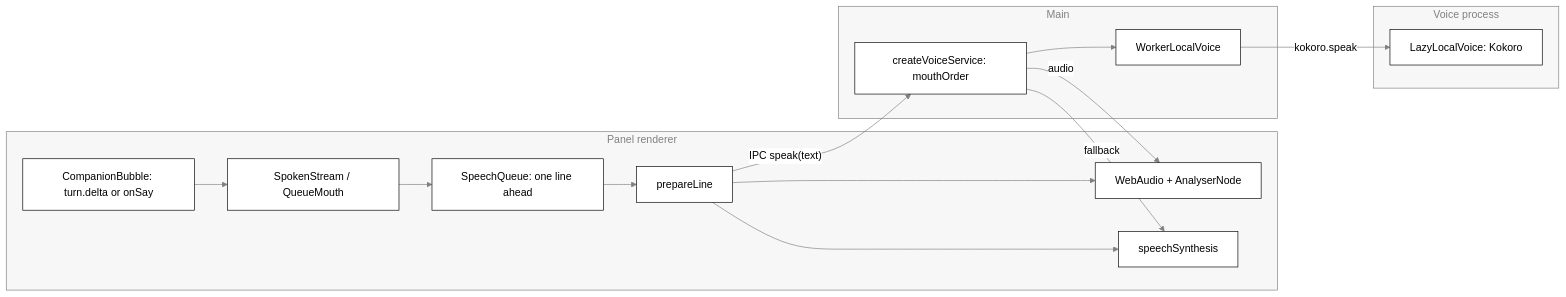
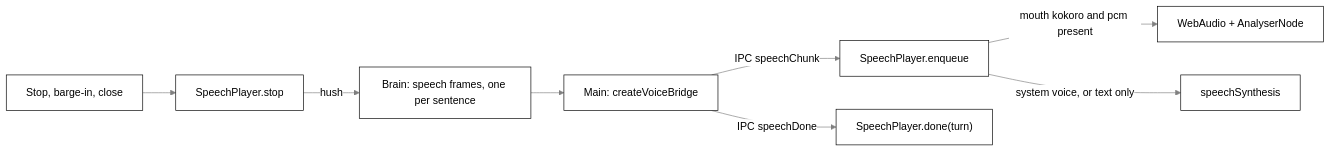
Before and after one commit to nadeem4/tagalong: the third of 3 diagrams in docs/voice.md, drawn with Mermaid. The commit also changed other lines of this file and 101 other files, not shown here.

First line of the commit message:
refactor(desktop): hear and speak through the brain, drop the voice process (15d) (#220)

````diff
--- a/docs/voice.md
+++ b/docs/voice.md
@@ -561,21 +400,10 @@
 ```mermaid
 %%{init: {"theme": "base", "themeVariables": {"primaryColor": "#ffffff", "primaryTextColor": "#000000", "primaryBorderColor": "#000000", "lineColor": "#808080", "secondaryColor": "#f2f2f2", "tertiaryColor": "#ffffff", "clusterBkg": "#f7f7f7", "clusterBorder": "#808080", "edgeLabelBackground": "#ffffff", "titleColor": "#808080", "fontFamily": "Segoe UI, Helvetica, Arial, sans-serif"}}}%%
 flowchart LR
-  subgraph Panel["Panel renderer"]
-    CB["CompanionBubble: turn.delta or onSay"] --> SS["SpokenStream / QueueMouth"]
-    SS --> Q["SpeechQueue: one line ahead"]
-    Q --> PL["prepareLine"]
-    PL --> WA["WebAudio + AnalyserNode"]
-    PL --> SY["speechSynthesis"]
-  end
-  subgraph Main["Main"]
-    VS["createVoiceService: mouthOrder"] --> WL["WorkerLocalVoice"]
-  end
-  subgraph VP["Voice process"]
-    KO["LazyLocalVoice: Kokoro"]
-  end
-  PL -->|"IPC speak(text)"| VS
-  WL -->|"kokoro.speak"| KO
-  VS -->|"audio"| WA
-  VS -->|"fallback"| SY
+  B["Brain: speech frames, one per sentence"] --> VB["Main: createVoiceBridge"]
+  VB -->|"IPC speechChunk"| SP["SpeechPlayer.enqueue"]
+  VB -->|"IPC speechDone"| SD["SpeechPlayer.done(turn)"]
+  SP -->|"mouth kokoro and pcm present"| WA["WebAudio + AnalyserNode"]
+  SP -->|"system voice, or text only"| SY["speechSynthesis"]
+  ST["Stop, barge-in, close"] --> PS["SpeechPlayer.stop"] -->|"hush"| B
 ```
````
